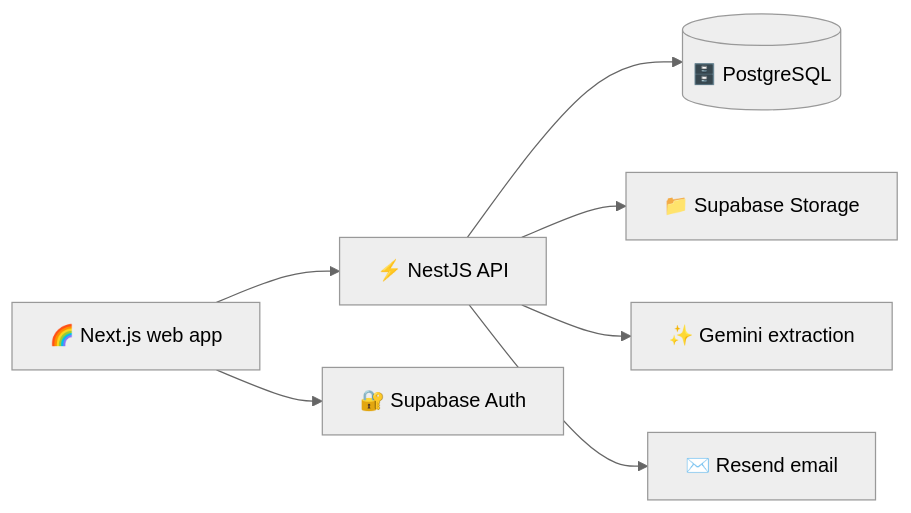
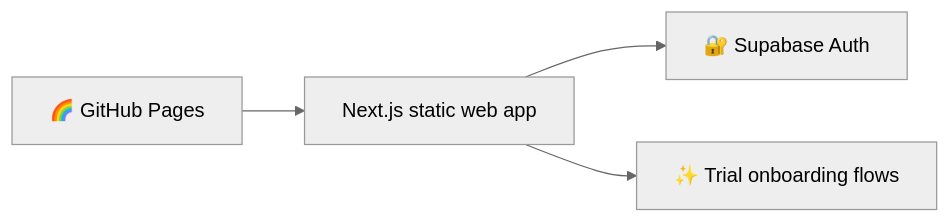
Before and after one commit to Moleesh/FirstDay: the diagram in README.md, drawn with Mermaid (neutral theme). The commit also changed other lines of this file and 79 other files, not shown here.

Commit message:
refactor: publish static FirstDay app

````diff
--- a/README.md
+++ b/README.md
@@ -101,9 +89,6 @@
 ```mermaid
 flowchart LR
-  Web["🌈 Next.js web app"] --> API["⚡ NestJS API"]
+  Pages["🌈 GitHub Pages"] --> Web["Next.js static web app"]
   Web --> Auth["🔐 Supabase Auth"]
-  API --> DB[("🗄️ PostgreSQL")]
-  API --> Storage["📁 Supabase Storage"]
-  API --> Gemini["✨ Gemini extraction"]
-  API --> Resend["✉️ Resend email"]
+  Web --> Trial["✨ Trial onboarding flows"]
 ```
````
